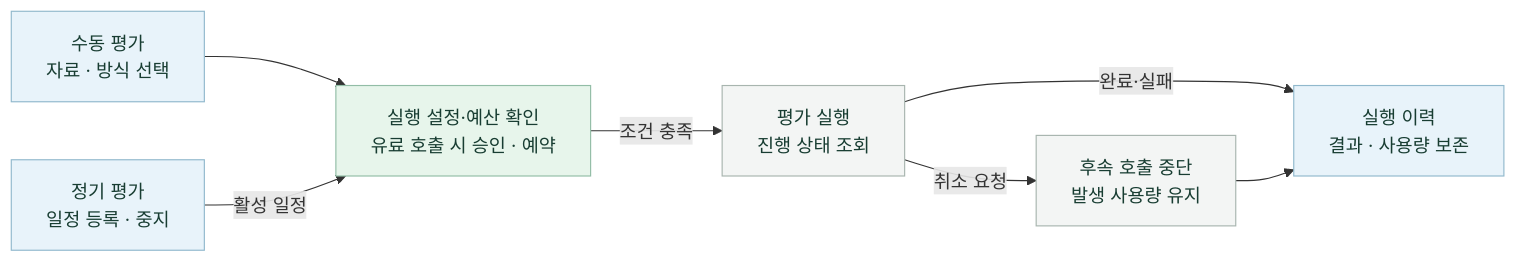
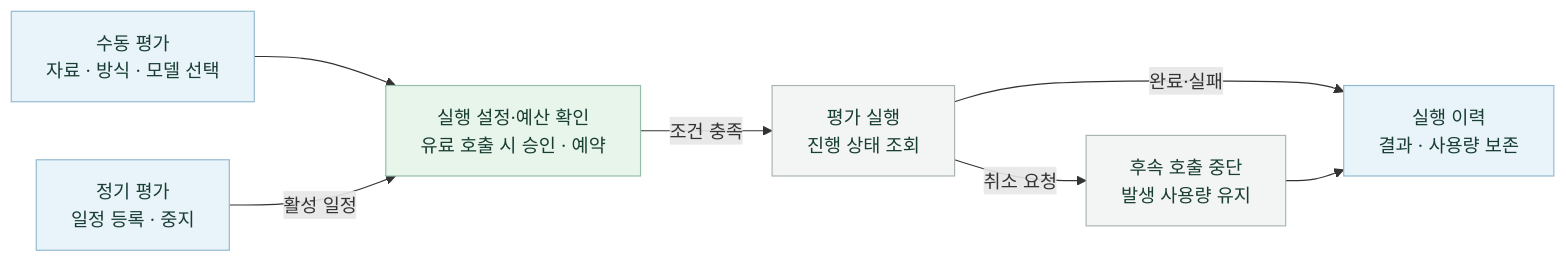
Diagram 23 of 24 in README.md (20220348-kim/SKN34-4th-1Team), drawn with Mermaid before and after one commit. The commit also changed other lines of this file, not shown here.

````diff
--- a/README.md
+++ b/README.md
@@ -1119,15 +1140,15 @@
 ```mermaid
 flowchart LR
-    Manual["수동 평가<br/>자료 · 방식 선택"] --> Check["실행 설정·예산 확인<br/>유료 호출 시 승인 · 예약"]
+    Manual["수동 평가<br/>자료 · 방식 · 모델 선택"] --> Check["실행 설정·예산 확인<br/>유료 호출 시 승인 · 예약"]
     Schedule["정기 평가<br/>일정 등록 · 중지"] -->|활성 일정| Check
     Check -->|조건 충족| Run["평가 실행<br/>진행 상태 조회"]
     Run -->|완료·실패| History["실행 이력<br/>결과 · 사용량 보존"]
     Run -->|취소 요청| Cancel["후속 호출 중단<br/>발생 사용량 유지"]
     Cancel --> History
     classDef client fill:#e8f3fa,stroke:#91b9cd,color:#183d32
     classDef service fill:#e7f5eb,stroke:#92bda6,color:#183d32
     classDef execution fill:#f3f5f4,stroke:#a8b5af,color:#183d32
     class Manual,Schedule,History client
     class Check service
     class Run,Cancel execution
 ```
````
